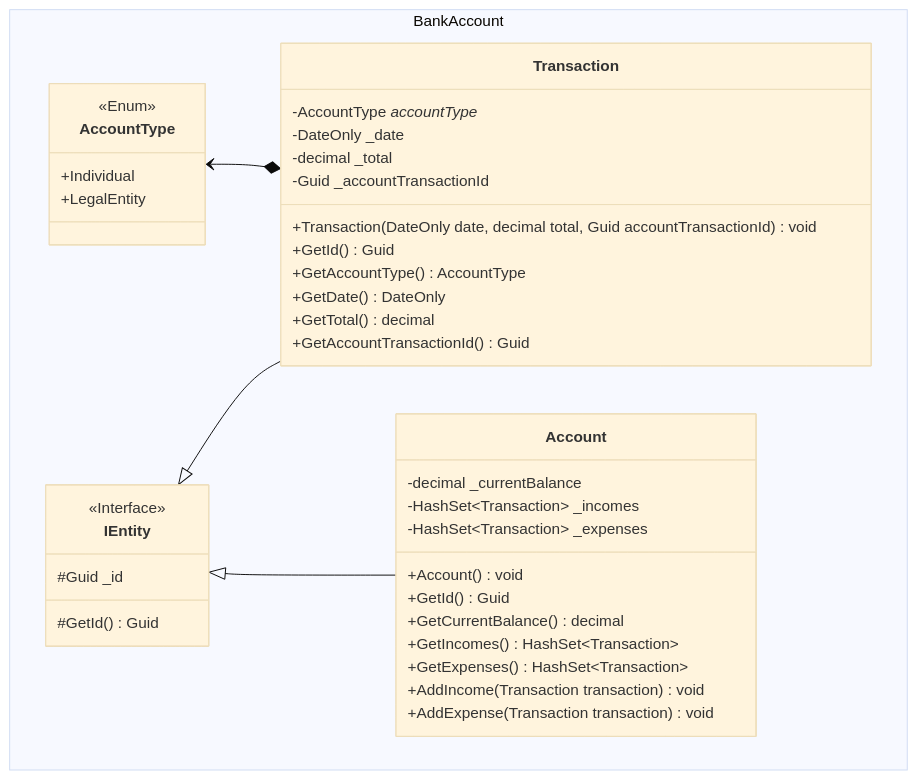
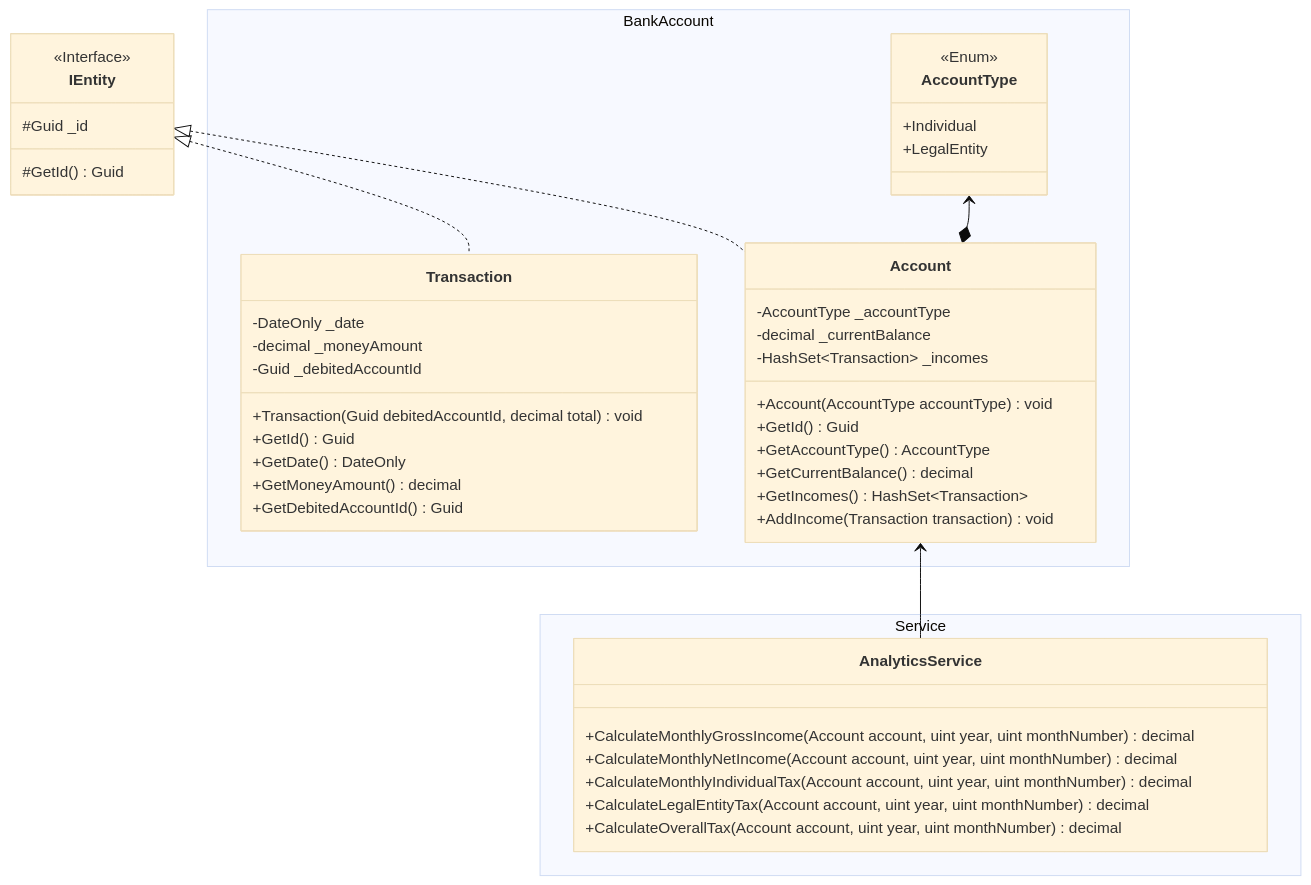
One commit to normalman101/Business-BS changed the diagram in README.md. Above: the diagram before and after it, drawn with Mermaid (base theme). The commit also changed other lines of this file, not shown here.

Commit message:
Переписал документацию

````diff
--- a/README.md
+++ b/README.md
@@ -1,45 +1,54 @@
 ```mermaid
 classDiagram
+    class IEntity {
+        <<Interface>>
+        #Guid _id
+        #GetId() Guid
+    }
+    IEntity <|.. Transaction
+    IEntity <|.. Account
+
     namespace BankAccount {
-        class IEntity {
-            <<Interface>>
-            #Guid _id
-            #GetId() Guid
-        }
-
         class AccountType {
             <<Enum>>
             +Individual
             +LegalEntity
         }
 
         class Transaction {
-            -AccountType _accountType_
             -DateOnly _date
-            -decimal _total
-            -Guid _accountTransactionId
-            +Transaction(DateOnly date, decimal total, Guid accountTransactionId) void
+            -decimal _moneyAmount
+            -Guid _debitedAccountId
+            +Transaction(Guid debitedAccountId, decimal total) void
             +GetId() Guid
-            +GetAccountType() AccountType
             +GetDate() DateOnly
-            +GetTotal() decimal
-            +GetAccountTransactionId() Guid
+            +GetMoneyAmount() decimal
+            +GetDebitedAccountId() Guid
         }
 
         class Account {
+            -AccountType _accountType
             -decimal _currentBalance
             -HashSet~Transaction~ _incomes
-            -HashSet~Transaction~ _expenses
-            +Account() void
+            +Account(AccountType accountType) void
             +GetId() Guid
+            +GetAccountType() AccountType
             +GetCurrentBalance() decimal
             +GetIncomes() HashSet~Transaction~
-            +GetExpenses() HashSet~Transaction~
             +AddIncome(Transaction transaction) void
-            +AddExpense(Transaction transaction) void
         }
     }
-    AccountType <--* Transaction
-    IEntity <|-- Transaction
-    IEntity <|-- Account
+    AccountType <--* Account
+
+
+    namespace Service {
+        class AnalyticsService {
+            +CalculateMonthlyGrossIncome(Account account, uint year, uint monthNumber) decimal
+            +CalculateMonthlyNetIncome(Account account, uint year, uint monthNumber) decimal
+            +CalculateMonthlyIndividualTax(Account account, uint year, uint monthNumber) decimal
+            +CalculateLegalEntityTax(Account account, uint year, uint monthNumber) decimal
+            +CalculateOverallTax(Account account, uint year, uint monthNumber) decimal
+        }
+    }
+    Account <-- AnalyticsService
 ```
````
